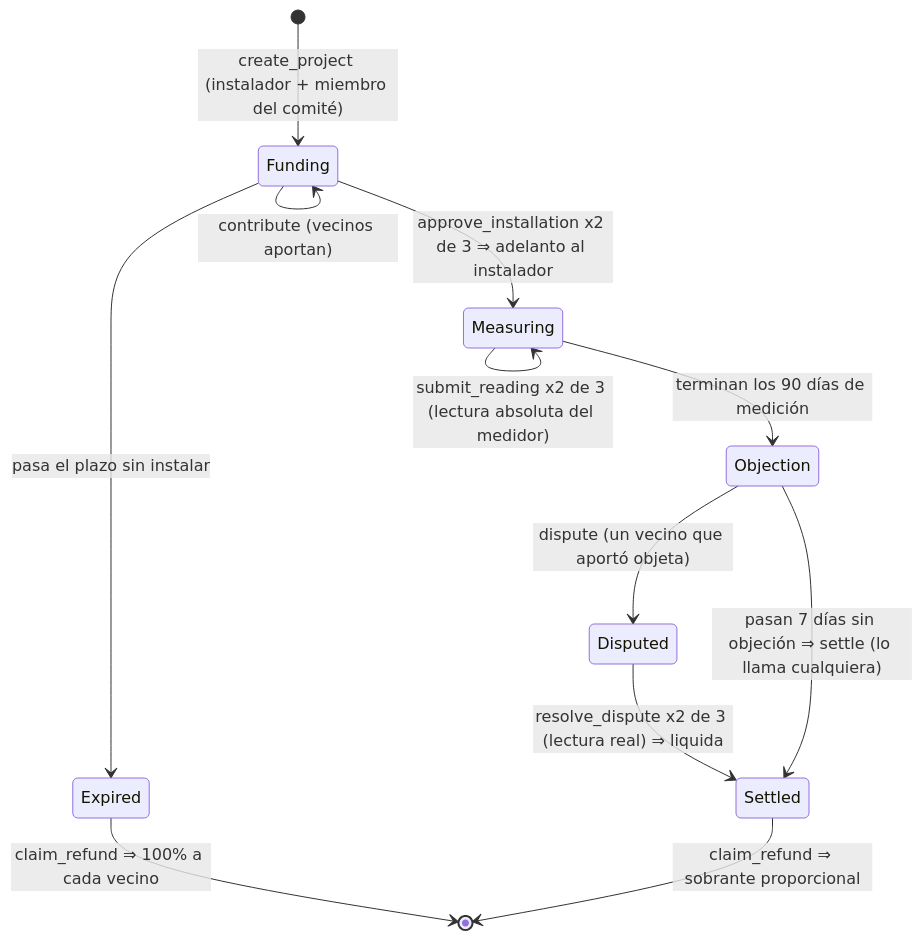
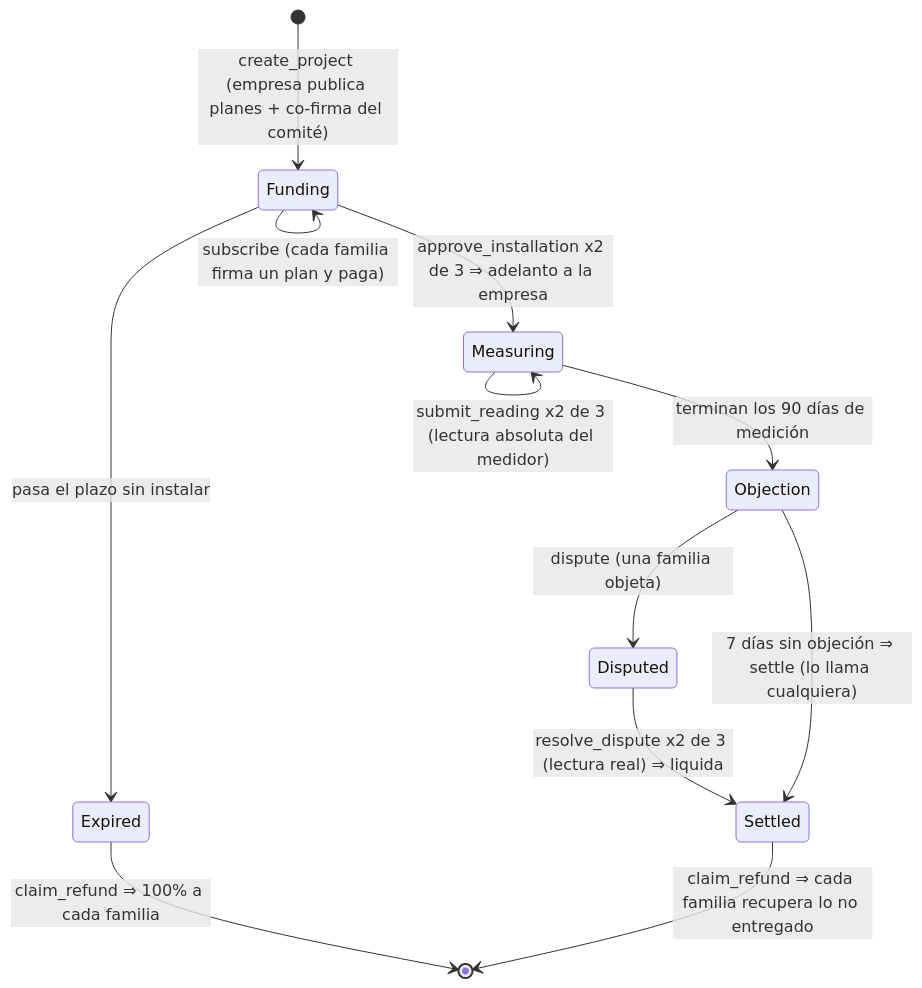
Before and after one commit to ReLichtyy/sol-comunitario: the diagram in README.md, drawn with Mermaid. The commit also changed other lines of this file and 1 other file, not shown here.

````diff
--- a/README.md
+++ b/README.md
@@ -34,14 +33,14 @@
 ```mermaid
 stateDiagram-v2
-    [*] --> Funding: create_project (instalador + miembro del comité)
-    Funding --> Funding: contribute (vecinos aportan)
-    Funding --> Measuring: approve_installation x2 de 3 ⇒ adelanto al instalador
+    [*] --> Funding: create_project (empresa publica planes + co-firma del comité)
+    Funding --> Funding: subscribe (cada familia firma un plan y paga)
+    Funding --> Measuring: approve_installation x2 de 3 ⇒ adelanto a la empresa
     Funding --> Expired: pasa el plazo sin instalar
-    Expired --> [*]: claim_refund ⇒ 100% a cada vecino
+    Expired --> [*]: claim_refund ⇒ 100% a cada familia
     Measuring --> Measuring: submit_reading x2 de 3 (lectura absoluta del medidor)
     Measuring --> Objection: terminan los 90 días de medición
-    Objection --> Disputed: dispute (un vecino que aportó objeta)
+    Objection --> Disputed: dispute (una familia objeta)
     Disputed --> Settled: resolve_dispute x2 de 3 (lectura real) ⇒ liquida
-    Objection --> Settled: pasan 7 días sin objeción ⇒ settle (lo llama cualquiera)
-    Settled --> [*]: claim_refund ⇒ sobrante proporcional
+    Objection --> Settled: 7 días sin objeción ⇒ settle (lo llama cualquiera)
+    Settled --> [*]: claim_refund ⇒ cada familia recupera lo no entregado
 ```
````
